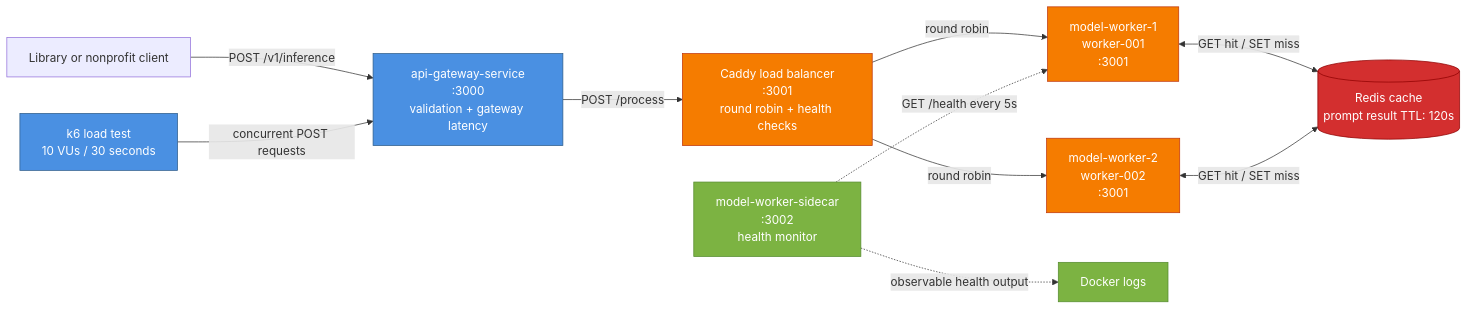
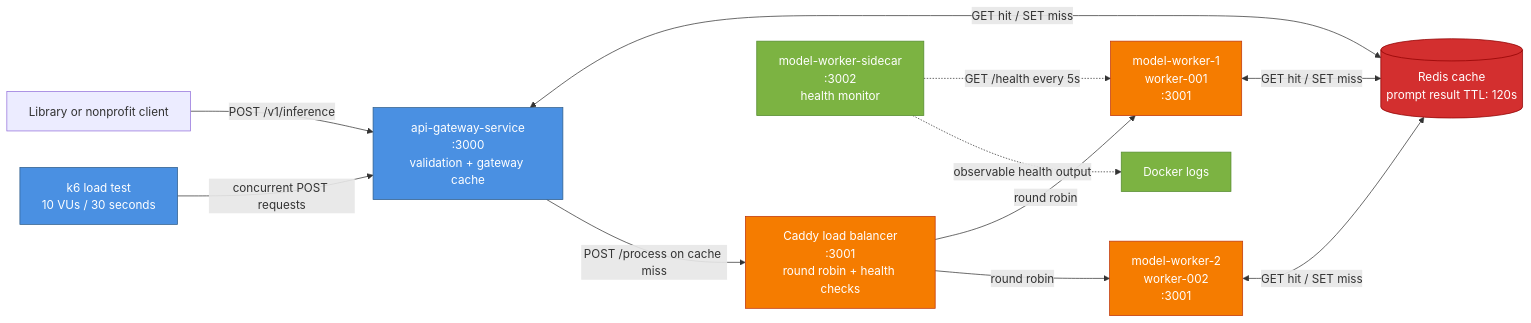
The second of 2 diagrams in docs/SERVICES.md (fahuddin/426-project-inference-router), drawn with Mermaid before and after one commit.

Commit message:
updated diagram

````diff
--- a/docs/SERVICES.md
+++ b/docs/SERVICES.md
@@ -125,32 +125,33 @@
 ```mermaid
 flowchart LR
     Client["Library or nonprofit client"]
     K6["k6 load test<br/>10 VUs / 30 seconds"]
-    Gateway["api-gateway-service<br/>:3000<br/>validation + gateway latency"]
+    Gateway["api-gateway-service<br/>:3000<br/>validation + gateway cache"]
     Caddy["Caddy load balancer<br/>:3001<br/>round robin + health checks"]
     Worker1["model-worker-1<br/>worker-001<br/>:3001"]
     Worker2["model-worker-2<br/>worker-002<br/>:3001"]
     Redis[("Redis cache<br/>prompt result TTL: 120s")]
     Sidecar["model-worker-sidecar<br/>:3002<br/>health monitor"]
     Logs["Docker logs"]
 
     Client -->|POST /v1/inference| Gateway
     K6 -->|concurrent POST requests| Gateway
-    Gateway -->|POST /process| Caddy
+    Gateway <-->|GET hit / SET miss| Redis
+    Gateway -->|POST /process on cache miss| Caddy
     Caddy -->|round robin| Worker1
     Caddy -->|round robin| Worker2
     Worker1 <-->|GET hit / SET miss| Redis
     Worker2 <-->|GET hit / SET miss| Redis
     Sidecar -.->|GET /health every 5s| Worker1
     Sidecar -.->|observable health output| Logs
 
     classDef entry fill:#4A90E2,stroke:#2E5C8A,color:#fff
     classDef serving fill:#F57C00,stroke:#BF360C,color:#fff
     classDef cache fill:#D32F2F,stroke:#8E0000,color:#fff
     classDef sidecar fill:#7CB342,stroke:#558B2F,color:#fff
 
     class Gateway,K6 entry
     class Caddy,Worker1,Worker2 serving
     class Redis cache
     class Sidecar,Logs sidecar
 ```
````
